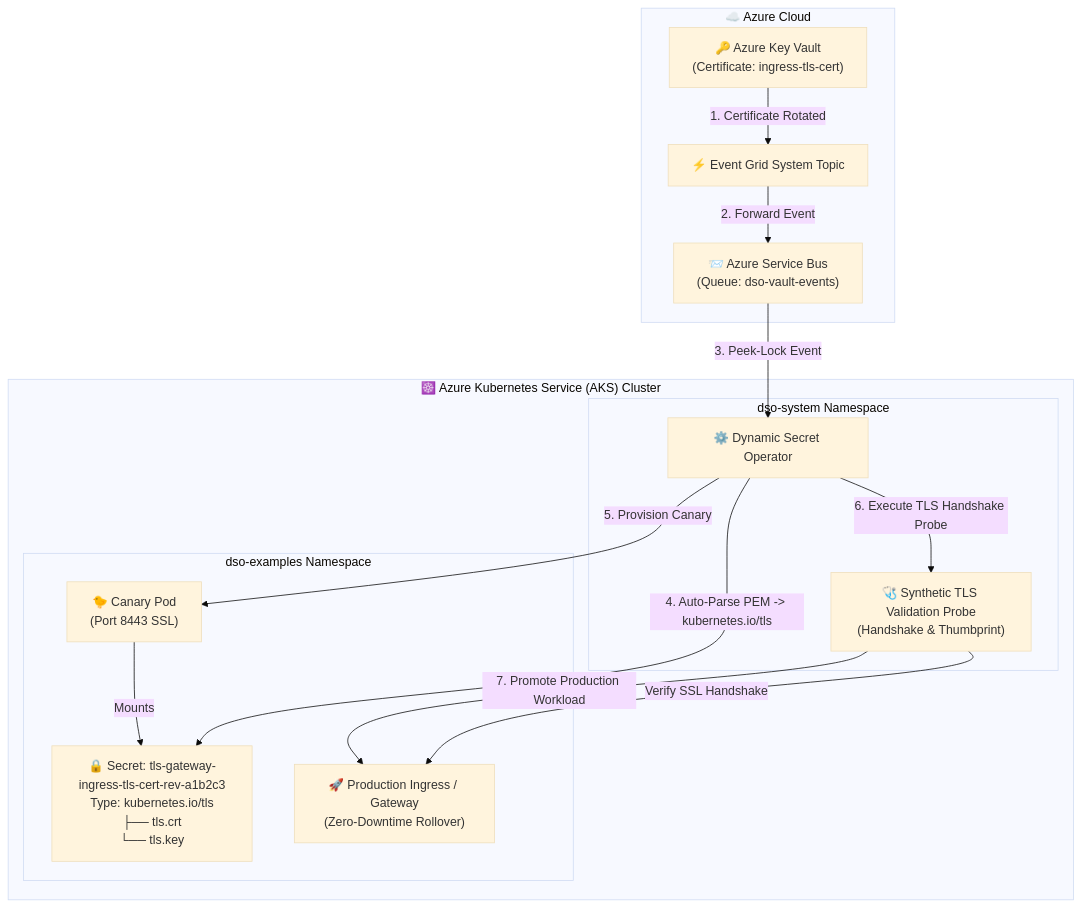
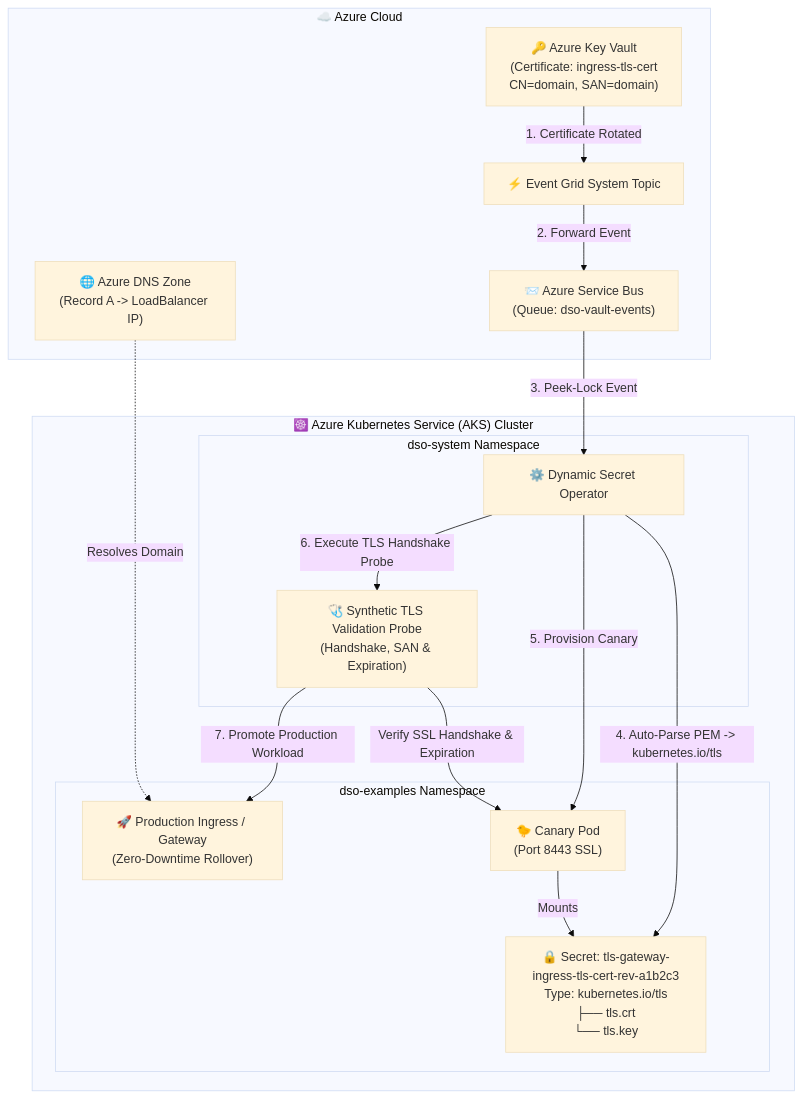
The diagram in examples/azure/tls-certificate-rotation/README.md (quantumsys-dev/dynamic-secret-operator), drawn with Mermaid (base theme) before and after one commit. The commit also changed other lines of this file and 88 other files, not shown here.

First line of the commit message:
docs: comprehensive provider triads, universal architecture guides, and test suite hardening (#75)

````diff
--- a/examples/azure/tls-certificate-rotation/README.md
+++ b/examples/azure/tls-certificate-rotation/README.md
@@ -9,31 +11,33 @@
 ```mermaid
 flowchart TD
     subgraph AzureCloud ["☁️ Azure Cloud"]
-        AKV["🔑 Azure Key Vault<br/>(Certificate: ingress-tls-cert)"]
+        AKV["🔑 Azure Key Vault<br/>(Certificate: ingress-tls-cert<br/>CN=domain, SAN=domain)"]
+        DNS["🌐 Azure DNS Zone<br/>(Record A -> LoadBalancer IP)"]
         EG["⚡ Event Grid System Topic"]
         ASB["📨 Azure Service Bus<br/>(Queue: dso-vault-events)"]
     end
 
     subgraph AKS ["☸️ Azure Kubernetes Service (AKS) Cluster"]
         subgraph DSOSystem ["dso-system Namespace"]
             DSO["⚙️ Dynamic Secret Operator"]
-            PROBE["🩺 Synthetic TLS Validation Probe<br/>(Handshake & Thumbprint)"]
+            PROBE["🩺 Synthetic TLS Validation Probe<br/>(Handshake, SAN & Expiration)"]
         end
 
         subgraph IngressWorkload ["dso-examples Namespace"]
             SEC["🔒 Secret: tls-gateway-ingress-tls-cert-rev-a1b2c3<br/>Type: kubernetes.io/tls<br/>├── tls.crt<br/>└── tls.key"]
             CANARY["🐤 Canary Pod<br/>(Port 8443 SSL)"]
             PROD["🚀 Production Ingress / Gateway<br/>(Zero-Downtime Rollover)"]
         end
     end
 
     AKV -->|"1. Certificate Rotated"| EG
     EG -->|"2. Forward Event"| ASB
     ASB -->|"3. Peek-Lock Event"| DSO
     DSO -->|"4. Auto-Parse PEM -> kubernetes.io/tls"| SEC
     DSO -->|"5. Provision Canary"| CANARY
     CANARY -->|"Mounts"| SEC
     DSO -->|"6. Execute TLS Handshake Probe"| PROBE
-    PROBE -->|"Verify SSL Handshake"| PROD
+    PROBE -->|"Verify SSL Handshake & Expiration"| CANARY
     PROBE -->|"7. Promote Production Workload"| PROD
+    DNS -.->|"Resolves Domain"| PROD
 ```
````
